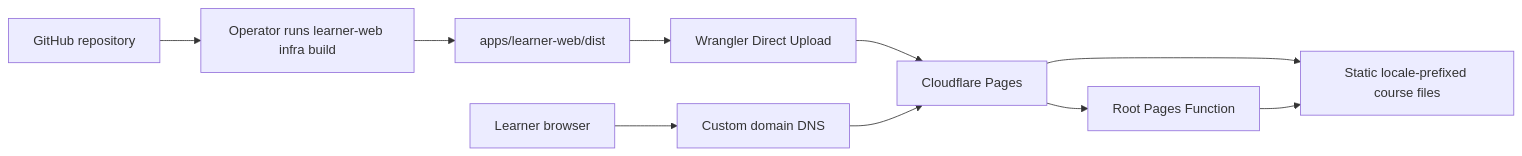
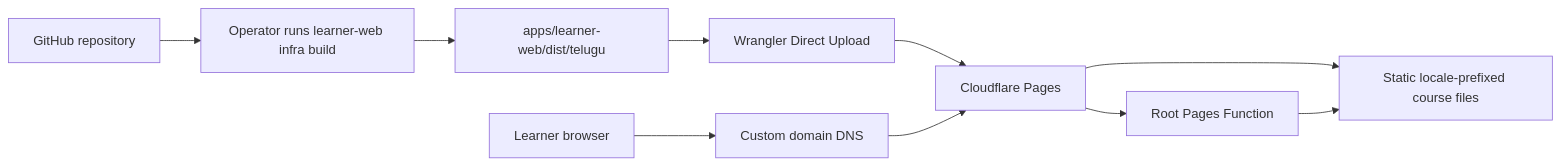
One commit to The-ArtBrain/TutorBrains changed the diagram in doc/design/CLOUDFLARE_PAGES_HOSTING_SPEC.md. Above: the diagram before and after it, drawn with Mermaid. The commit also changed other lines of this file and 14 other files, not shown here.

First line of the commit message:
feat(learner-web): isolate course deployment roots

````diff
--- a/doc/design/CLOUDFLARE_PAGES_HOSTING_SPEC.md
+++ b/doc/design/CLOUDFLARE_PAGES_HOSTING_SPEC.md
@@ -43,12 +43,12 @@
 ```mermaid
 flowchart LR
     Git["GitHub repository"] --> Build["Operator runs learner-web infra build"]
-    Build --> Dist["apps/learner-web/dist"]
+    Build --> Dist["apps/learner-web/dist/telugu"]
     Dist --> Upload["Wrangler Direct Upload"]
     Upload --> Pages["Cloudflare Pages"]
     Browser["Learner browser"] --> DNS["Custom domain DNS"]
     DNS --> Pages["Cloudflare Pages"]
     Pages --> Root["Root Pages Function"]
     Pages --> Static["Static locale-prefixed course files"]
     Root --> Static
 ```
````
